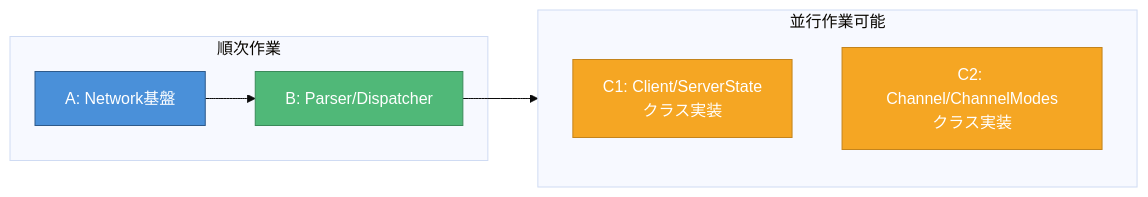
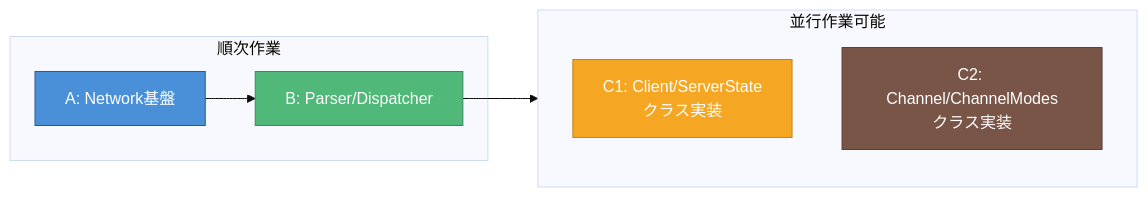
One commit to tototec1234/IRC changed the second of 2 diagrams in dev_docs/diagrams/dependency_diagram.md. Above: the diagram before and after it, drawn with Mermaid (base theme). The commit also changed other lines of this file and 26 other files, not shown here.

````diff
--- a/dev_docs/diagrams/dependency_diagram.md
+++ b/dev_docs/diagrams/dependency_diagram.md
@@ -56,21 +56,21 @@
 ```mermaid
 flowchart LR
     subgraph PARALLEL["並行作業可能"]
         direction TB
         C1_work["C1: Client/ServerState<br/>クラス実装"]
         C2_work["C2: Channel/ChannelModes<br/>クラス実装"]
     end
     
     subgraph SEQUENTIAL["順次作業"]
         A_work["A: Network基盤"]
         B_work["B: Parser/Dispatcher"]
     end
     
     A_work --> B_work
     B_work --> PARALLEL
 
     style C1_work fill:#F5A623,stroke:#C4841C,color:#fff
-    style C2_work fill:#F5A623,stroke:#C4841C,color:#fff
+    style C2_work fill:#795548,stroke:#5D4037,color:#fff
     style A_work fill:#4A90D9,stroke:#2E5A8B,color:#fff
     style B_work fill:#50B878,stroke:#3A8A5A,color:#fff
 ```
````
